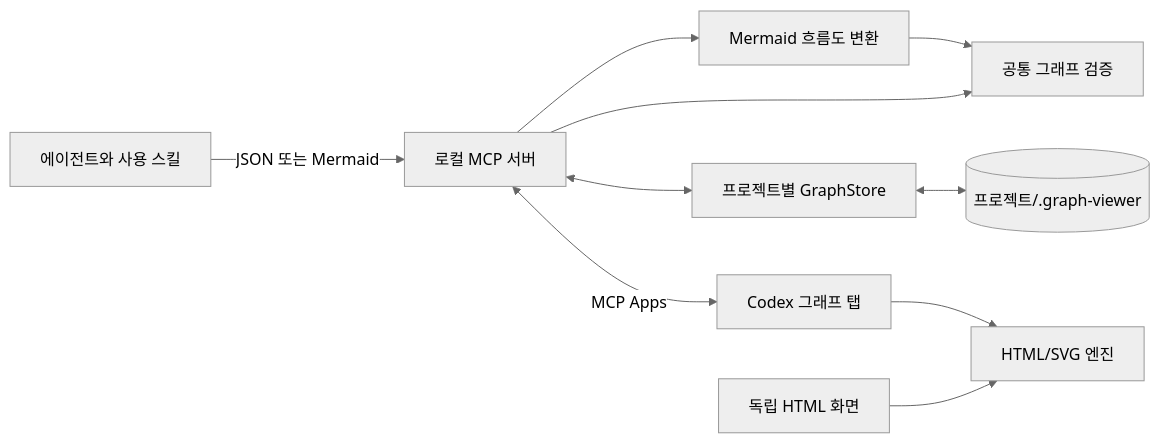
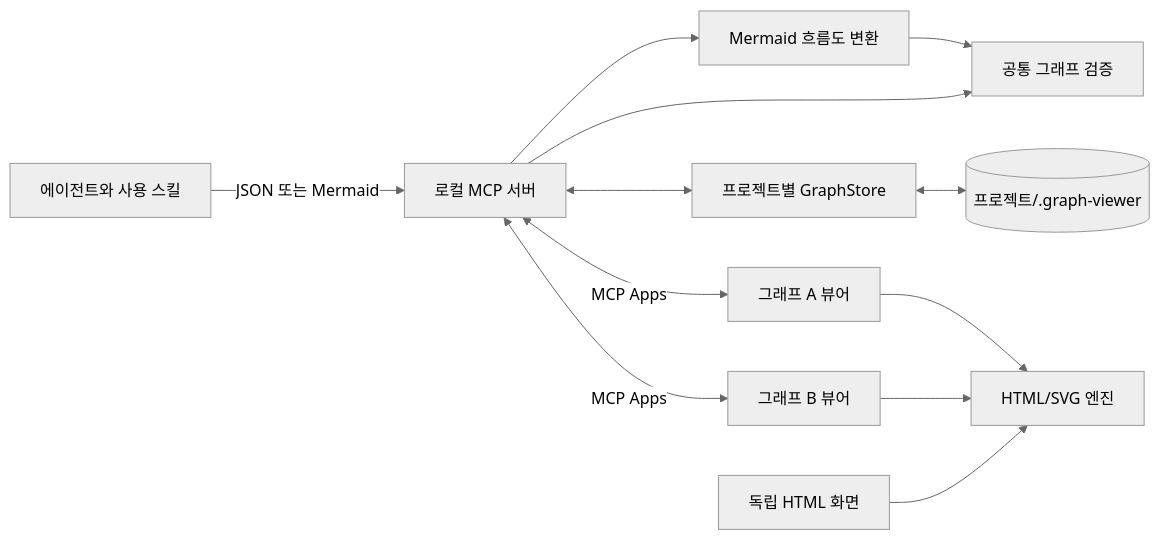
The diagram in docs/architecture.md (semisemil/graph-viewer), drawn with Mermaid (neutral theme) before and after one commit. The commit also changed other lines of this file and 8 other files, not shown here.

Commit message:
Publish Graph Viewer 1.5.0 from b529426

````diff
--- a/docs/architecture.md
+++ b/docs/architecture.md
@@ -11,12 +11,14 @@
 ```mermaid
 flowchart LR
     Agent[에이전트와 사용 스킬] -->|JSON 또는 Mermaid| MCP[로컬 MCP 서버]
     MCP --> Parser[Mermaid 흐름도 변환]
     Parser --> Model[공통 그래프 검증]
     MCP --> Model
     MCP <--> Store[프로젝트별 GraphStore]
     Store <--> Data[(프로젝트/.graph-viewer)]
-    MCP <-->|MCP Apps| Tab[Codex 그래프 탭]
-    Tab --> Engine[HTML/SVG 엔진]
+    MCP <-->|MCP Apps| TabA[그래프 A 뷰어]
+    MCP <-->|MCP Apps| TabB[그래프 B 뷰어]
+    TabA --> Engine[HTML/SVG 엔진]
+    TabB --> Engine
     HTML[독립 HTML 화면] --> Engine
 ```
````
